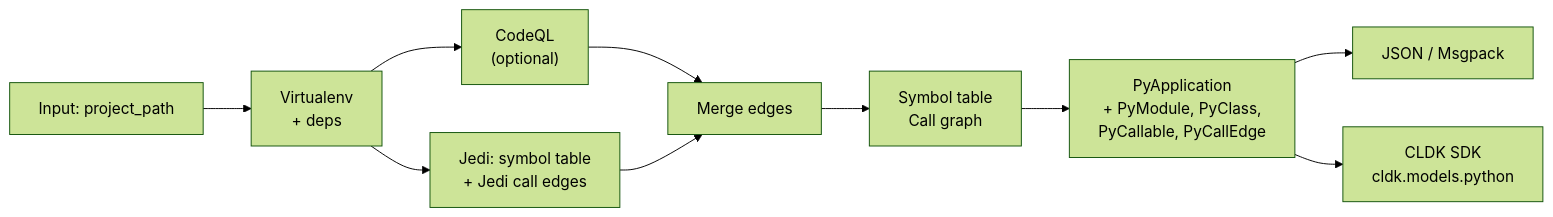
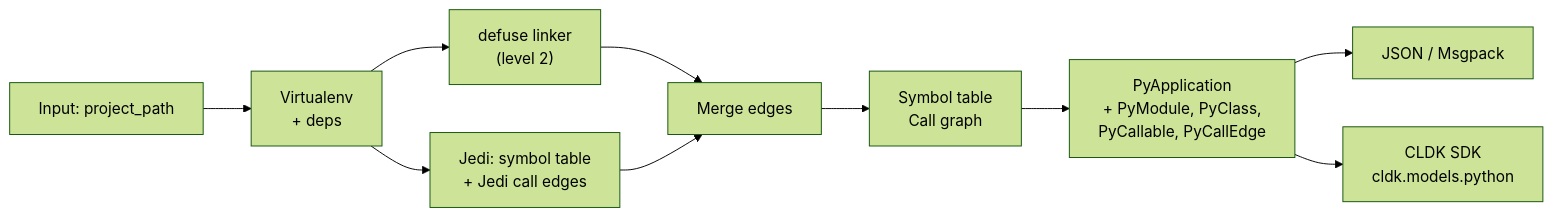
One commit to codellm-devkit/docs changed the diagram in src/content/docs/backends/codeanalyzer-python.mdx. Above: the diagram before and after it, drawn with Mermaid (forest theme). The commit also changed other lines of this file and 27 other files, not shown here.

````diff
--- a/src/content/docs/backends/codeanalyzer-python.mdx
+++ b/src/content/docs/backends/codeanalyzer-python.mdx
@@ -22,12 +22,12 @@
 ```mermaid
 flowchart LR
     A["Input: project_path"] --> B["Virtualenv<br/>+ deps"]
     B --> C["Jedi: symbol table<br/>+ Jedi call edges"]
-    B --> D["CodeQL<br/>(optional)"]
+    B --> D["defuse linker<br/>(level 2)"]
     D --> E["Merge edges"]
     C --> E
     E --> F["Symbol table<br/>Call graph"]
     F --> G["PyApplication<br/>+ PyModule, PyClass,<br/>PyCallable, PyCallEdge"]
     G --> H["JSON / Msgpack"]
     G --> I["CLDK SDK<br/>cldk.models.python"]
 ```
````
